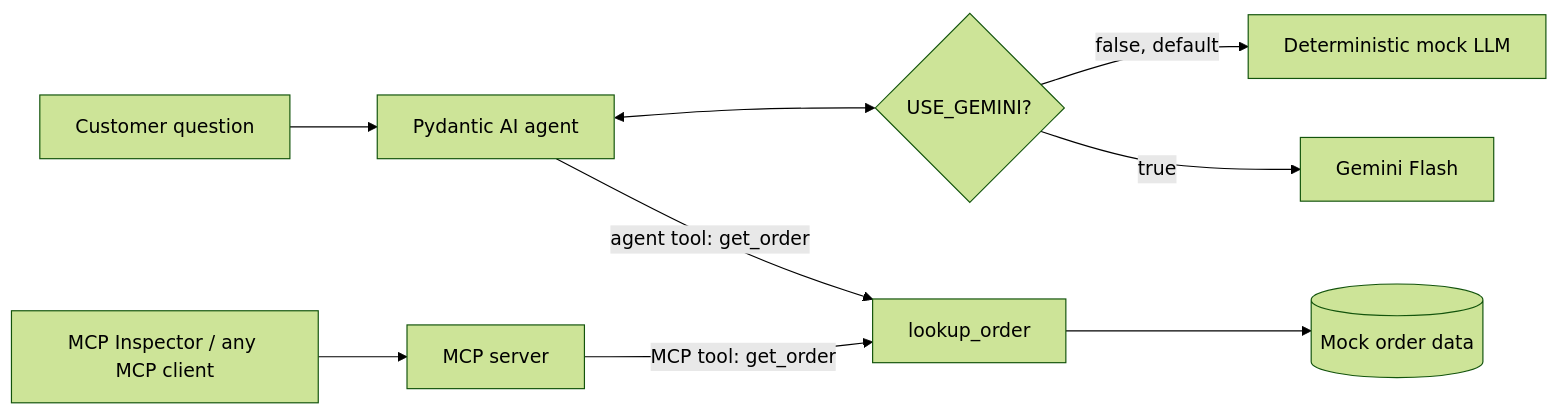
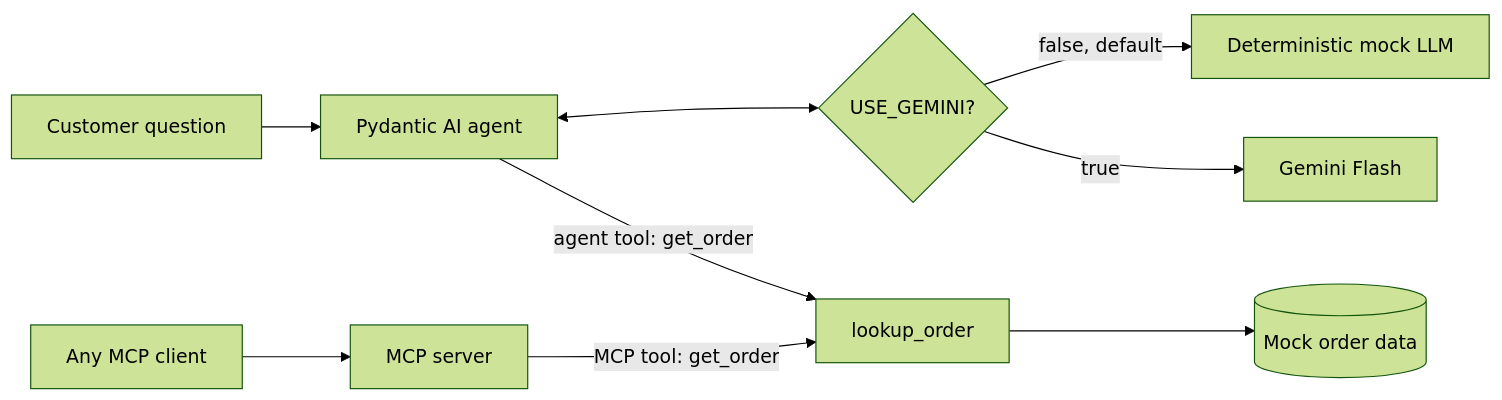
One commit to susmitpy/mini-support-agent-workshop changed the diagram in README.md. Above: the diagram before and after it, drawn with Mermaid (forest theme). The commit also changed other lines of this file and 2 other files, not shown here.

First line of the commit message:
Remove MCP Inspector instructions from workshop

````diff
--- a/README.md
+++ b/README.md
@@ -26,11 +26,11 @@
 ```mermaid
 flowchart LR
     U[Customer question] --> A[Pydantic AI agent]
     A <--> G{USE_GEMINI?}
     G -- false, default --> M[Deterministic mock LLM]
     G -- true --> F[Gemini Flash]
     A -- agent tool: get_order --> L[lookup_order]
-    I[MCP Inspector / any MCP client] --> S[MCP server]
+    I[Any MCP client] --> S[MCP server]
     S -- MCP tool: get_order --> L
     L --> D[(Mock order data)]
 ```
````
